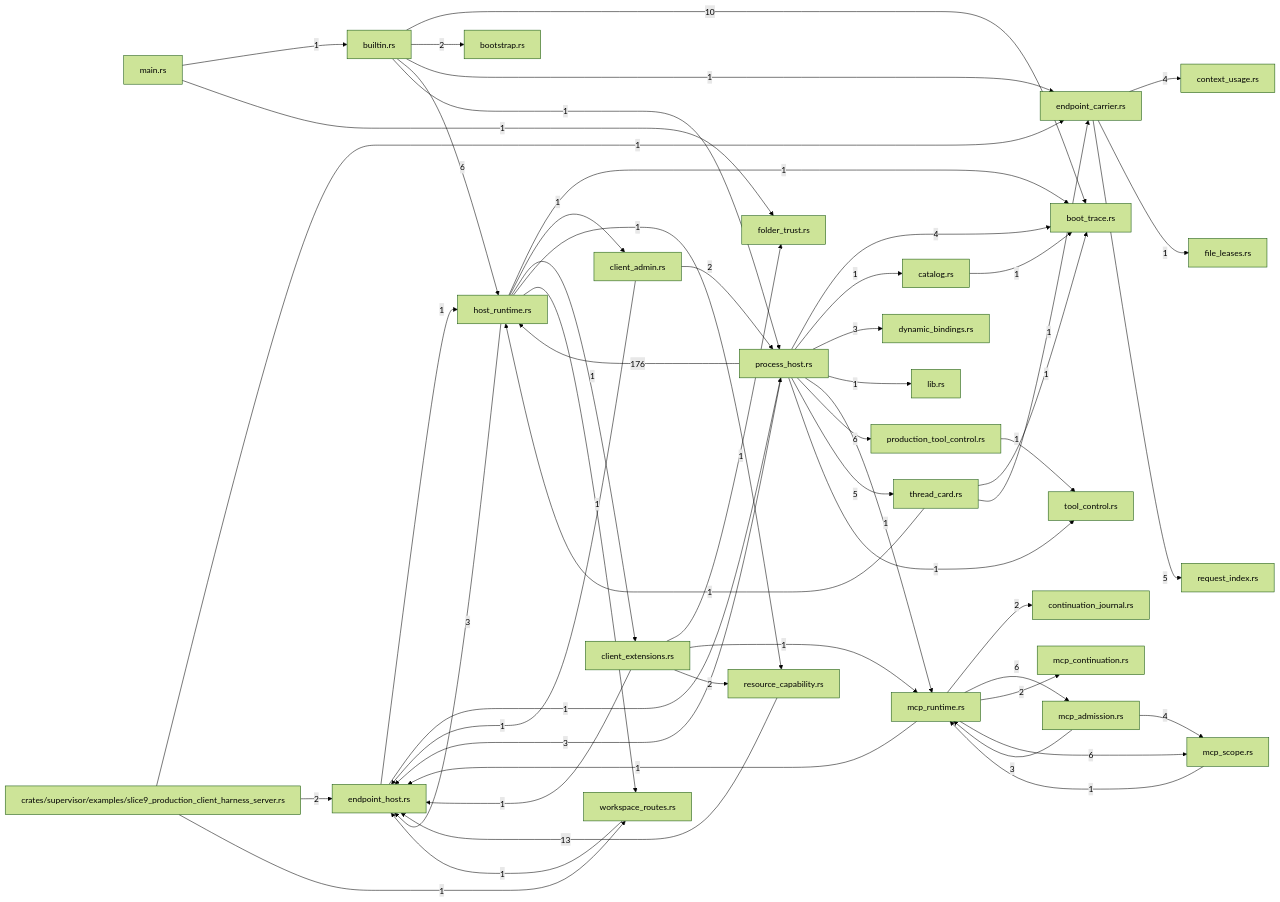
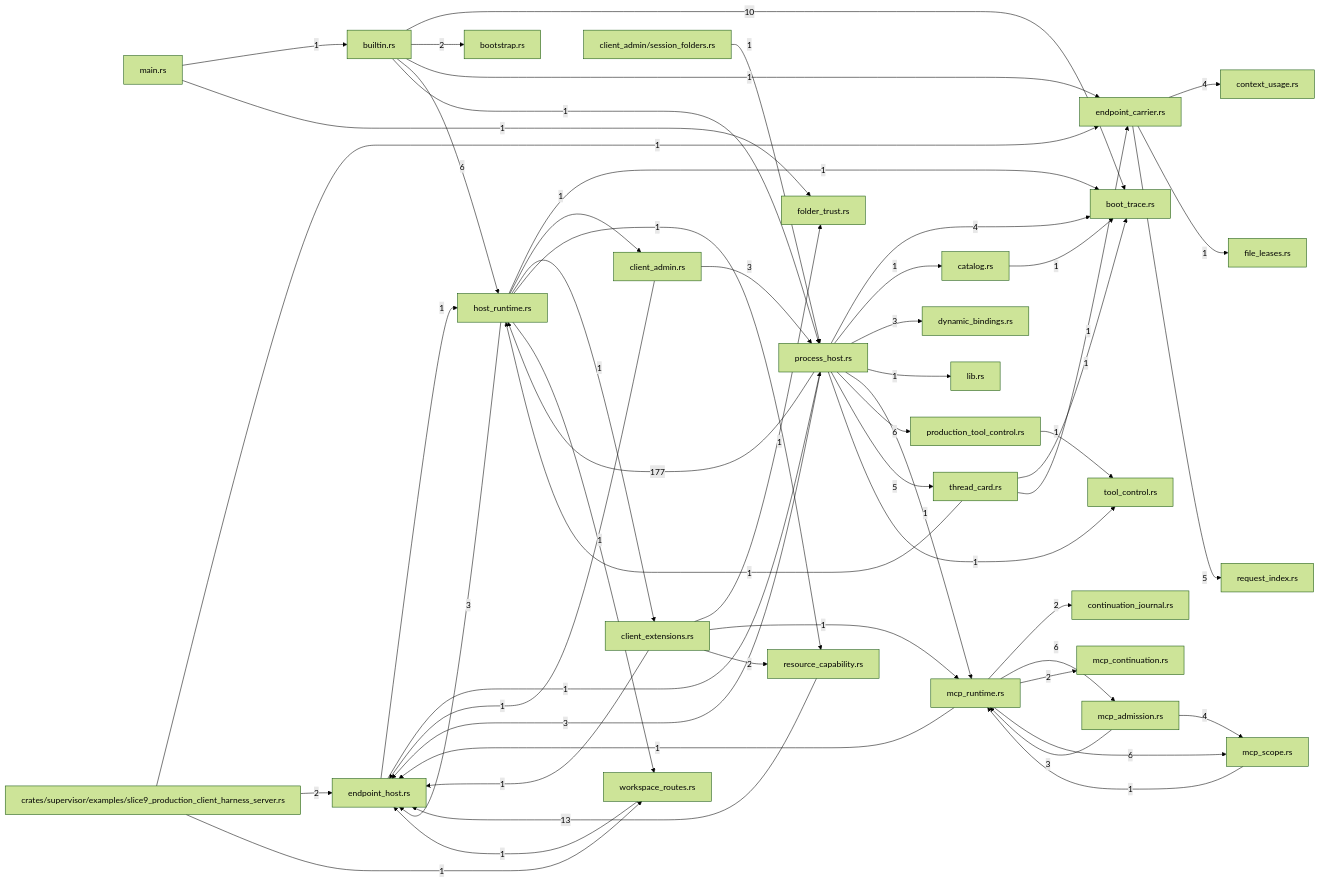
The diagram in crates/supervisor/docs/generated/index.md (TekesApps/TekesKernel), drawn with Mermaid (forest theme) before and after one commit. The commit also changed other lines of this file and 84 other files, not shown here.

Commit message:
Demote workspace to session compatibility layer (#77)

````diff
--- a/crates/supervisor/docs/generated/index.md
+++ b/crates/supervisor/docs/generated/index.md
@@ -113,78 +114,80 @@
   m3["builtin.rs"]
   m4["catalog.rs"]
   m5["client_admin.rs"]
-  m6["client_extensions.rs"]
-  m7["context_usage.rs"]
-  m8["continuation_journal.rs"]
-  m9["dynamic_bindings.rs"]
-  m10["endpoint_carrier.rs"]
-  m11["endpoint_host.rs"]
-  m12["file_leases.rs"]
-  m13["folder_trust.rs"]
-  m14["host_runtime.rs"]
-  m15["lib.rs"]
-  m16["main.rs"]
-  m17["mcp_admission.rs"]
-  m18["mcp_continuation.rs"]
-  m19["mcp_runtime.rs"]
-  m20["mcp_scope.rs"]
-  m21["process_host.rs"]
-  m22["production_tool_control.rs"]
-  m23["request_index.rs"]
-  m24["resource_capability.rs"]
-  m25["thread_card.rs"]
-  m26["tool_control.rs"]
-  m27["workspace_routes.rs"]
-  m0 -->|"1"| m10
-  m0 -->|"2"| m11
-  m0 -->|"1"| m27
+  m6["client_admin/session_folders.rs"]
+  m7["client_extensions.rs"]
+  m8["context_usage.rs"]
+  m9["continuation_journal.rs"]
+  m10["dynamic_bindings.rs"]
+  m11["endpoint_carrier.rs"]
+  m12["endpoint_host.rs"]
+  m13["file_leases.rs"]
+  m14["folder_trust.rs"]
+  m15["host_runtime.rs"]
+  m16["lib.rs"]
+  m17["main.rs"]
+  m18["mcp_admission.rs"]
+  m19["mcp_continuation.rs"]
+  m20["mcp_runtime.rs"]
+  m21["mcp_scope.rs"]
+  m22["process_host.rs"]
+  m23["production_tool_control.rs"]
+  m24["request_index.rs"]
+  m25["resource_capability.rs"]
+  m26["thread_card.rs"]
+  m27["tool_control.rs"]
+  m28["workspace_routes.rs"]
+  m0 -->|"1"| m11
+  m0 -->|"2"| m12
+  m0 -->|"1"| m28
   m3 -->|"10"| m1
   m3 -->|"2"| m2
-  m3 -->|"1"| m10
-  m3 -->|"6"| m14
-  m3 -->|"1"| m21
+  m3 -->|"1"| m11
+  m3 -->|"6"| m15
+  m3 -->|"1"| m22
   m4 -->|"1"| m1
-  m5 -->|"1"| m11
-  m5 -->|"2"| m21
-  m6 -->|"1"| m11
-  m6 -->|"1"| m13
-  m6 -->|"1"| m19
-  m6 -->|"2"| m24
-  m10 -->|"4"| m7
-  m10 -->|"1"| m12
-  m10 -->|"5"| m23
-  m11 -->|"1"| m14
-  m11 -->|"1"| m21
-  m14 -->|"1"| m1
-  m14 -->|"1"| m5
-  m14 -->|"1"| m6
-  m14 -->|"3"| m11
-  m14 -->|"1"| m24
-  m14 -->|"1"| m27
-  m16 -->|"1"| m3
-  m16 -->|"1"| m13
-  m17 -->|"3"| m19
-  m17 -->|"4"| m20
-  m19 -->|"2"| m8
-  m19 -->|"1"| m11
-  m19 -->|"6"| m17
-  m19 -->|"2"| m18
-  m19 -->|"6"| m20
-  m20 -->|"1"| m19
-  m21 -->|"4"| m1
-  m21 -->|"1"| m4
-  m21 -->|"3"| m9
-  m21 -->|"3"| m11
-  m21 -->|"176"| m14
-  m21 -->|"1"| m15
-  m21 -->|"1"| m19
-  m21 -->|"6"| m22
-  m21 -->|"5"| m25
-  m21 -->|"1"| m26
-  m22 -->|"1"| m26
-  m24 -->|"13"| m11
-  m25 -->|"1"| m1
-  m25 -->|"1"| m10
-  m25 -->|"1"| m14
-  m27 -->|"1"| m11
+  m5 -->|"1"| m12
+  m5 -->|"3"| m22
+  m6 -->|"1"| m22
+  m7 -->|"1"| m12
+  m7 -->|"1"| m14
+  m7 -->|"1"| m20
+  m7 -->|"2"| m25
+  m11 -->|"4"| m8
+  m11 -->|"1"| m13
+  m11 -->|"5"| m24
+  m12 -->|"1"| m15
+  m12 -->|"1"| m22
+  m15 -->|"1"| m1
+  m15 -->|"1"| m5
+  m15 -->|"1"| m7
+  m15 -->|"3"| m12
+  m15 -->|"1"| m25
+  m15 -->|"1"| m28
+  m17 -->|"1"| m3
+  m17 -->|"1"| m14
+  m18 -->|"3"| m20
+  m18 -->|"4"| m21
+  m20 -->|"2"| m9
+  m20 -->|"1"| m12
+  m20 -->|"6"| m18
+  m20 -->|"2"| m19
+  m20 -->|"6"| m21
+  m21 -->|"1"| m20
+  m22 -->|"4"| m1
+  m22 -->|"1"| m4
+  m22 -->|"3"| m10
+  m22 -->|"3"| m12
+  m22 -->|"177"| m15
+  m22 -->|"1"| m16
+  m22 -->|"1"| m20
+  m22 -->|"6"| m23
+  m22 -->|"5"| m26
+  m22 -->|"1"| m27
+  m23 -->|"1"| m27
+  m25 -->|"13"| m12
+  m26 -->|"1"| m1
+  m26 -->|"1"| m11
+  m26 -->|"1"| m15
+  m28 -->|"1"| m12
 ```
````
